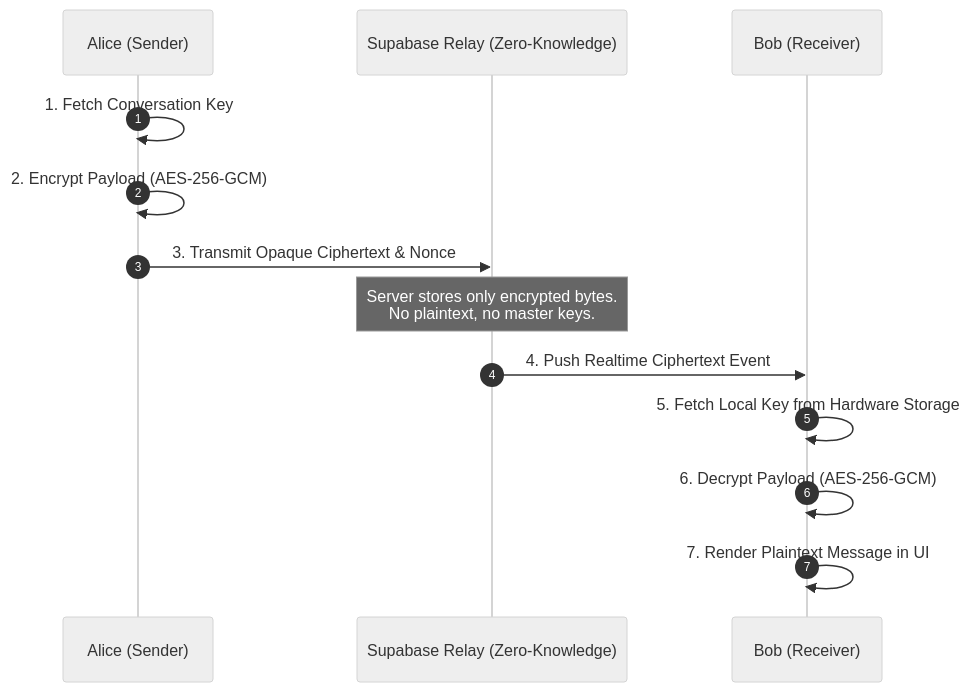
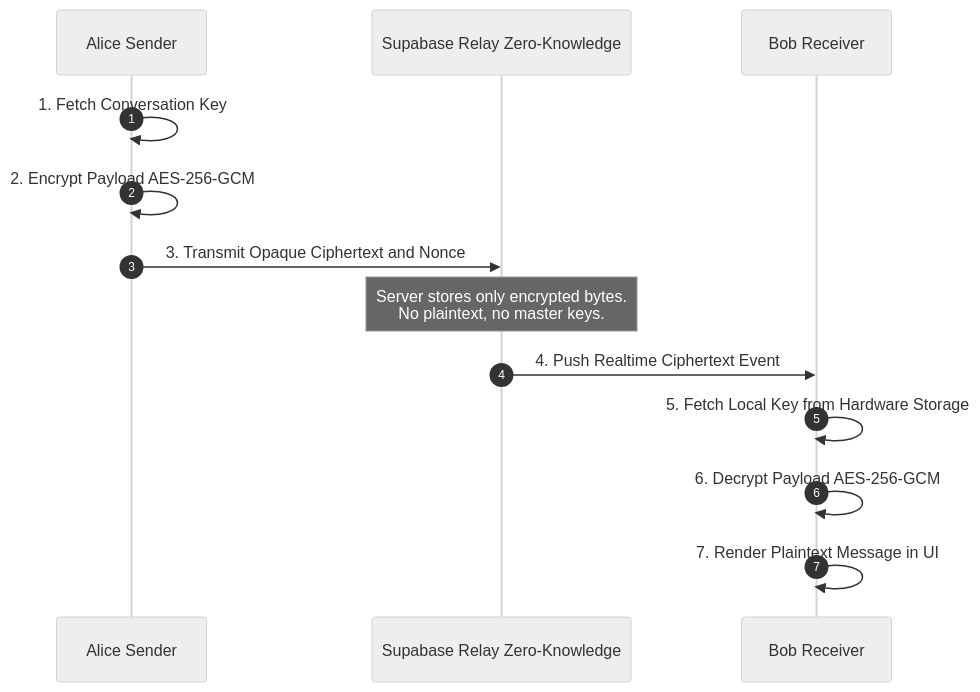
One commit to Keeftalk/Android changed the fourth of 5 diagrams in README.md. Above: the diagram before and after it, drawn with Mermaid (neutral theme). The commit also changed other lines of this file, not shown here.

````diff
--- a/README.md
+++ b/README.md
@@ -236,16 +236,16 @@
 ```mermaid
 sequenceDiagram
     autonumber
-    participant Alice as Alice (Sender)
-    participant Relay as Supabase Relay (Zero-Knowledge)
-    participant Bob as Bob (Receiver)
+    participant Alice as Alice Sender
+    participant Relay as Supabase Relay Zero-Knowledge
+    participant Bob as Bob Receiver
 
     Alice->>Alice: 1. Fetch Conversation Key
-    Alice->>Alice: 2. Encrypt Payload (AES-256-GCM)
-    Alice->>Relay: 3. Transmit Opaque Ciphertext & Nonce
+    Alice->>Alice: 2. Encrypt Payload AES-256-GCM
+    Alice->>Relay: 3. Transmit Opaque Ciphertext and Nonce
     Note over Relay: Server stores only encrypted bytes.<br/>No plaintext, no master keys.
     Relay->>Bob: 4. Push Realtime Ciphertext Event
     Bob->>Bob: 5. Fetch Local Key from Hardware Storage
-    Bob->>Bob: 6. Decrypt Payload (AES-256-GCM)
+    Bob->>Bob: 6. Decrypt Payload AES-256-GCM
     Bob->>Bob: 7. Render Plaintext Message in UI
 ```
````
